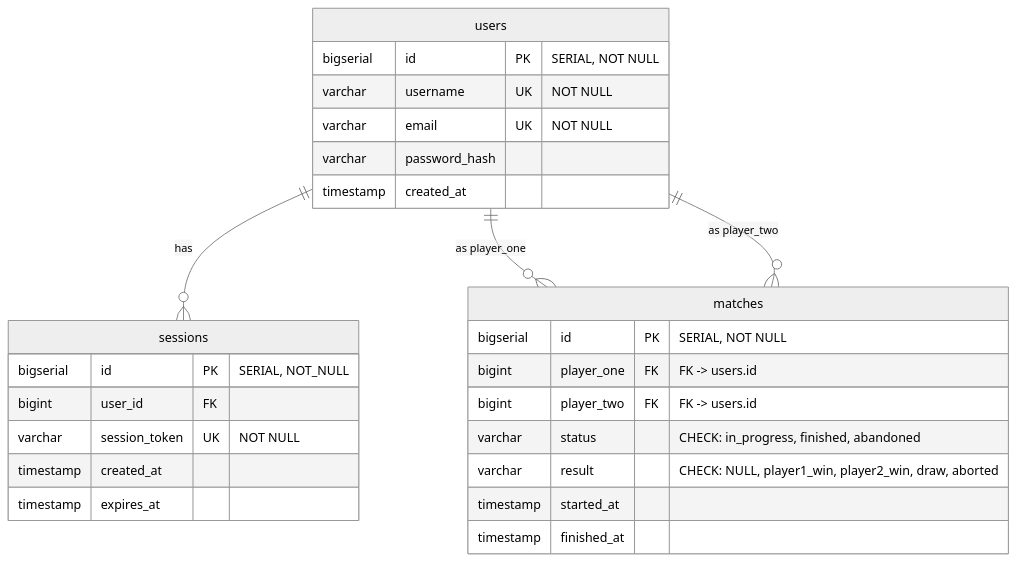
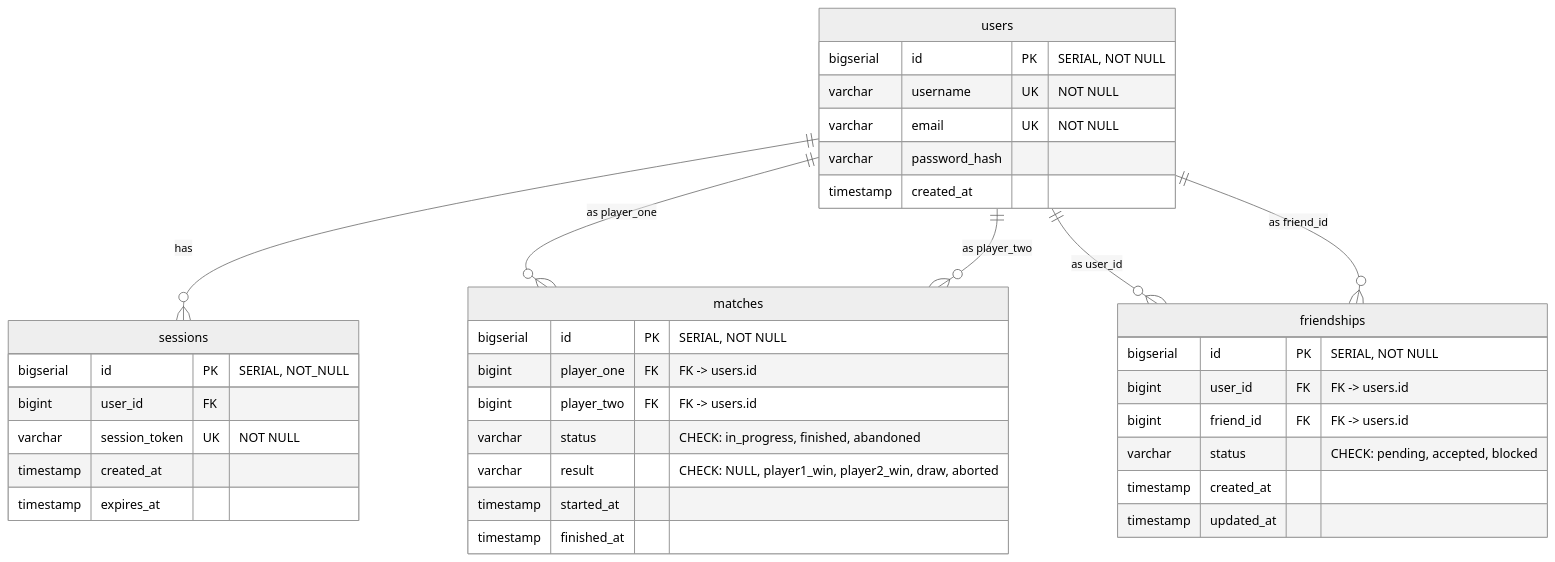
One commit to mist-interactive/backend changed the diagram in README.md. Above: the diagram before and after it, drawn with Mermaid (neutral theme). The commit also changed other lines of this file and 1 other file, not shown here.

````diff
--- a/README.md
+++ b/README.md
@@ -47,29 +47,39 @@
 ```mermaid
 erDiagram
     users {
         bigserial id PK "SERIAL, NOT NULL"
         varchar username UK "NOT NULL"
         varchar email UK "NOT NULL"
         varchar password_hash
         timestamp created_at
     }
     sessions {
       bigserial id PK "SERIAL, NOT_NULL"
       bigint user_id FK
       varchar session_token UK "NOT NULL"
       timestamp created_at
       timestamp expires_at
     }
     users ||--o{ sessions : "has"
     matches {
       bigserial id PK "SERIAL, NOT NULL"
       bigint player_one FK "FK -> users.id"
       bigint player_two FK "FK -> users.id"
       varchar status "CHECK: in_progress, finished, abandoned"
       varchar result "CHECK: NULL, player1_win, player2_win, draw, aborted"
       timestamp started_at
       timestamp finished_at
     }
     users ||--o{ matches : "as player_one"
     users ||--o{ matches : "as player_two"
+    friendships {
+      bigserial id PK "SERIAL, NOT NULL"
+      bigint user_id FK "FK -> users.id"
+      bigint friend_id FK "FK -> users.id"
+      varchar status "CHECK: pending, accepted, blocked"
+      timestamp created_at
+      timestamp updated_at
+    }
+    users ||--o{ friendships : "as user_id"
+    users ||--o{ friendships : "as friend_id"
 ```
````
